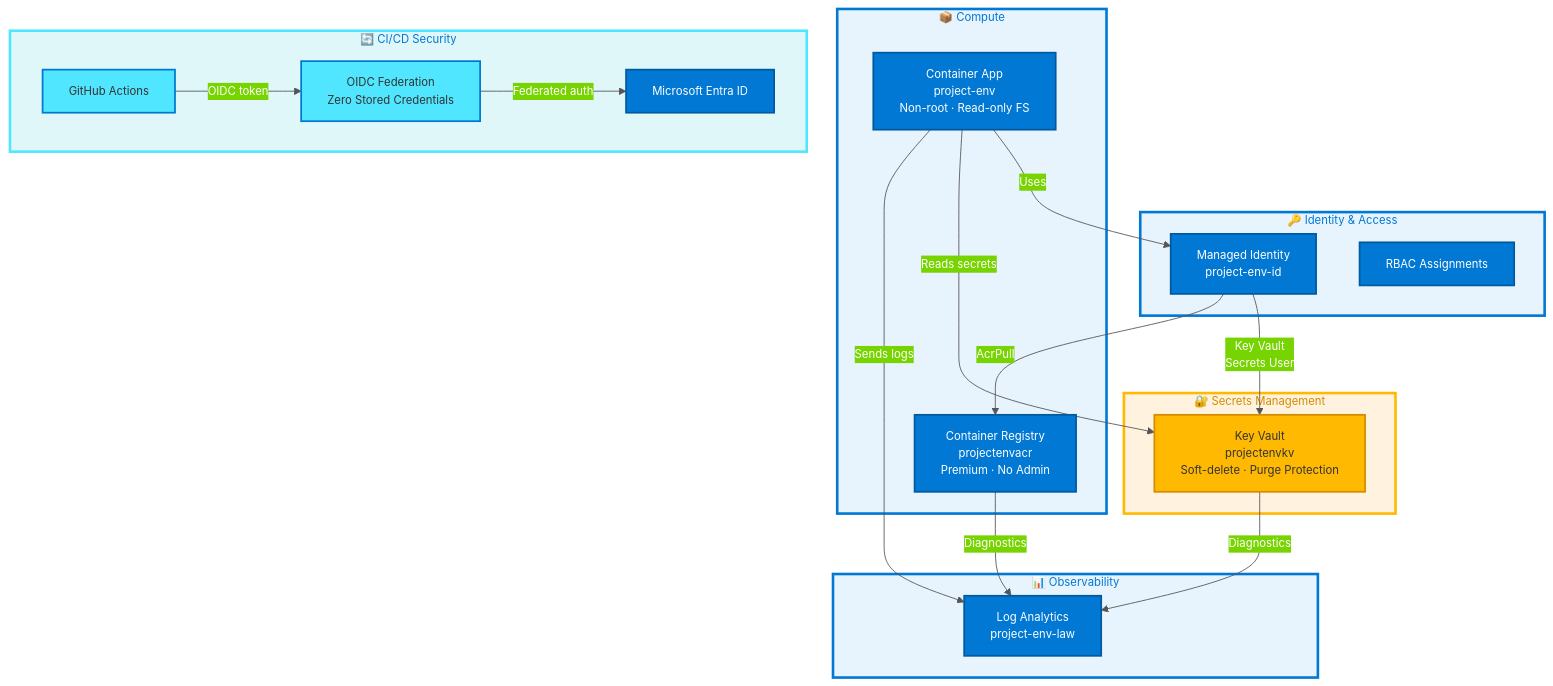
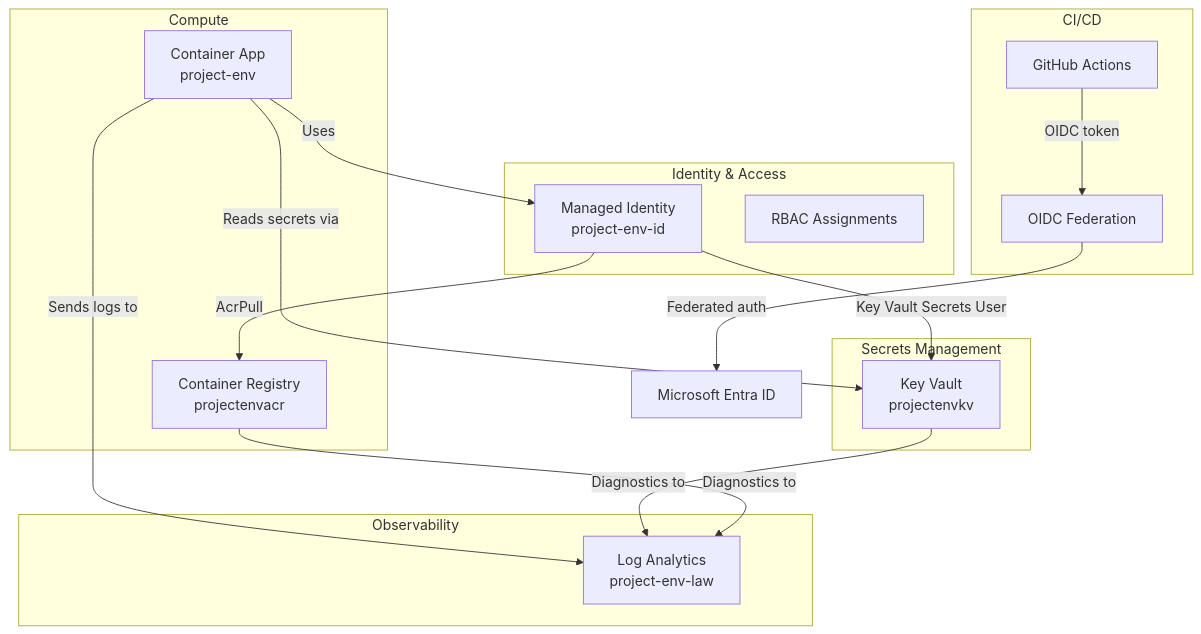
Before and after one commit to Oluseyi-Kofoworola/enterprise-devex-orchestrator: the third of 4 diagrams in docs/architecture.md, drawn with Mermaid. The commit also changed other lines of this file, not shown here.

Commit message:
docs: revert architecture.md to original v1.7.0 version

````diff
--- a/docs/architecture.md
+++ b/docs/architecture.md
@@ -175,48 +136,35 @@
 ```mermaid
-%%{init: {'theme': 'base', 'themeVariables': {'primaryColor': '#0078D4', 'primaryTextColor': '#fff', 'primaryBorderColor': '#005A9E', 'lineColor': '#555', 'fontFamily': 'Segoe UI', 'fontSize': '13px'}}}%%
-flowchart TD
-    subgraph IAM["🔑 Identity & Access"]
-        MI["Managed Identity\nproject-env-id"]:::azure
-        RBAC["RBAC Assignments"]:::azure
+graph TD
+    subgraph "Identity & Access"
+        MI[Managed Identity<br>project-env-id]
+        RBAC[RBAC Assignments]
     end
 
-    subgraph SEC["🔐 Secrets Management"]
-        KV["Key Vault\nprojectenvkv\nSoft-delete · Purge Protection"]:::keyvault
+    subgraph "Secrets Management"
+        KV[Key Vault<br>projectenvkv]
     end
 
-    subgraph COMP["📦 Compute"]
-        CA["Container App\nproject-env\nNon-root · Read-only FS"]:::azure
-        ACR["Container Registry\nprojectenvacr\nPremium · No Admin"]:::azure
+    subgraph "Compute"
+        CA[Container App<br>project-env]
+        ACR[Container Registry<br>projectenvacr]
     end
 
-    subgraph OBS["📊 Observability"]
-        LA["Log Analytics\nproject-env-law"]:::azure
+    subgraph "Observability"
+        LA[Log Analytics<br>project-env-law]
     end
 
-    subgraph CICD["🔄 CI/CD Security"]
-        GH["GitHub Actions"]:::cicd
-        OIDC["OIDC Federation\nZero Stored Credentials"]:::cicd
-        ENTRA["Microsoft Entra ID"]:::entra
+    subgraph "CI/CD"
+        GH[GitHub Actions]
+        OIDC[OIDC Federation]
     end
 
-    MI -->|"Key Vault\nSecrets User"| KV
-    MI -->|"AcrPull"| ACR
-    CA -->|"Uses"| MI
-    CA -->|"Reads secrets"| KV
-    CA -->|"Sends logs"| LA
-    KV -->|"Diagnostics"| LA
-    ACR -->|"Diagnostics"| LA
-    GH -->|"OIDC token"| OIDC
-    OIDC -->|"Federated auth"| ENTRA
-
-    classDef azure fill:#0078D4,stroke:#005A9E,color:#fff,stroke-width:2px
-    classDef keyvault fill:#FFB900,stroke:#D48C00,color:#333,stroke-width:2px
-    classDef cicd fill:#50E6FF,stroke:#0078D4,color:#333,stroke-width:2px
-    classDef entra fill:#0078D4,stroke:#005A9E,color:#fff,stroke-width:2px
-
-    style IAM fill:#E8F4FD,stroke:#0078D4,stroke-width:3px,color:#0078D4
-    style SEC fill:#FFF3E0,stroke:#FFB900,stroke-width:3px,color:#D48C00
-    style COMP fill:#E8F4FD,stroke:#0078D4,stroke-width:3px,color:#0078D4
-    style OBS fill:#E8F4FD,stroke:#0078D4,stroke-width:3px,color:#0078D4
-    style CICD fill:#E0F7FA,stroke:#50E6FF,stroke-width:3px,color:#0078D4
+    MI -->|Key Vault Secrets User| KV
+    MI -->|AcrPull| ACR
+    CA -->|Uses| MI
+    CA -->|Reads secrets via| KV
+    CA -->|Sends logs to| LA
+    KV -->|Diagnostics to| LA
+    ACR -->|Diagnostics to| LA
+    GH -->|OIDC token| OIDC
+    OIDC -->|Federated auth| Entra[Microsoft Entra ID]
 ```
````
